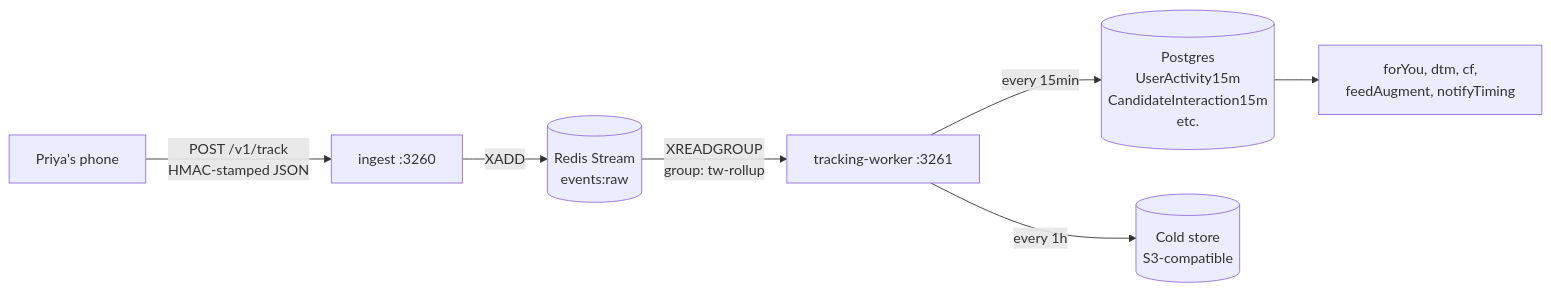
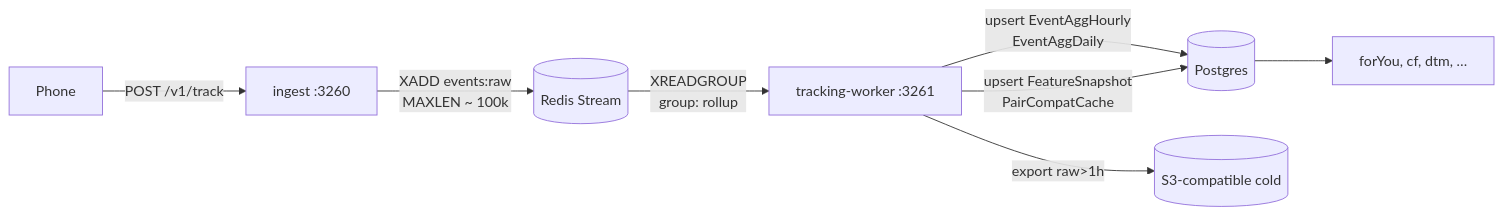
One commit to shashisingh007/Miamo changed the diagram in docs/TRACKING.md. Above: the diagram before and after it, drawn with Mermaid. The commit also changed other lines of this file and 1 other file, not shown here.

First line of the commit message:
docs: exhaustive TRACKING + ALGORITHMS — full event catalogue (50 events, 10 families) and complete algorithm weights

````diff
--- a/docs/TRACKING.md
+++ b/docs/TRACKING.md
@@ -35,9 +243,10 @@
 ```mermaid
 flowchart LR
-    Phone[Priya's phone] -->|POST /v1/track<br/>HMAC-stamped JSON| Ingest[ingest :3260]
-    Ingest -->|XADD| Stream[(Redis Stream<br/>events:raw)]
-    Stream -->|XREADGROUP<br/>group: tw-rollup| Worker[tracking-worker :3261]
-    Worker -->|every 15min| Features[(Postgres<br/>UserActivity15m<br/>CandidateInteraction15m<br/>etc.)]
-    Worker -->|every 1h| Cold[(Cold store<br/>S3-compatible)]
-    Features --> Algos[forYou, dtm, cf,<br/>feedAugment, notifyTiming]
+    Phone -- POST /v1/track --> Ingest[ingest :3260]
+    Ingest -- XADD events:raw<br/>MAXLEN ~ 100k --> R[(Redis Stream)]
+    R -- XREADGROUP<br/>group: rollup --> TW[tracking-worker :3261]
+    TW -- upsert EventAggHourly<br/>EventAggDaily --> DB[(Postgres)]
+    TW -- upsert FeatureSnapshot<br/>PairCompatCache --> DB
+    TW -- export raw>1h --> Cold[(S3-compatible cold)]
+    DB --> Algos[forYou, cf, dtm, …]
 ```
````
